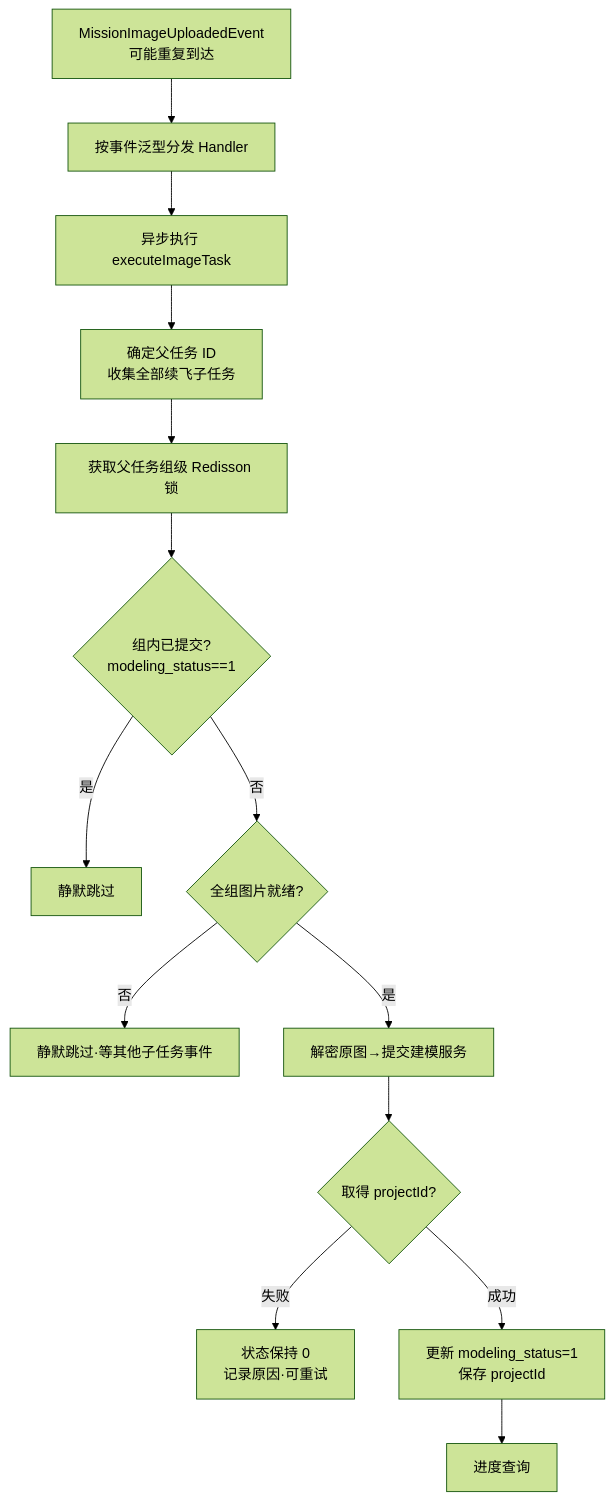
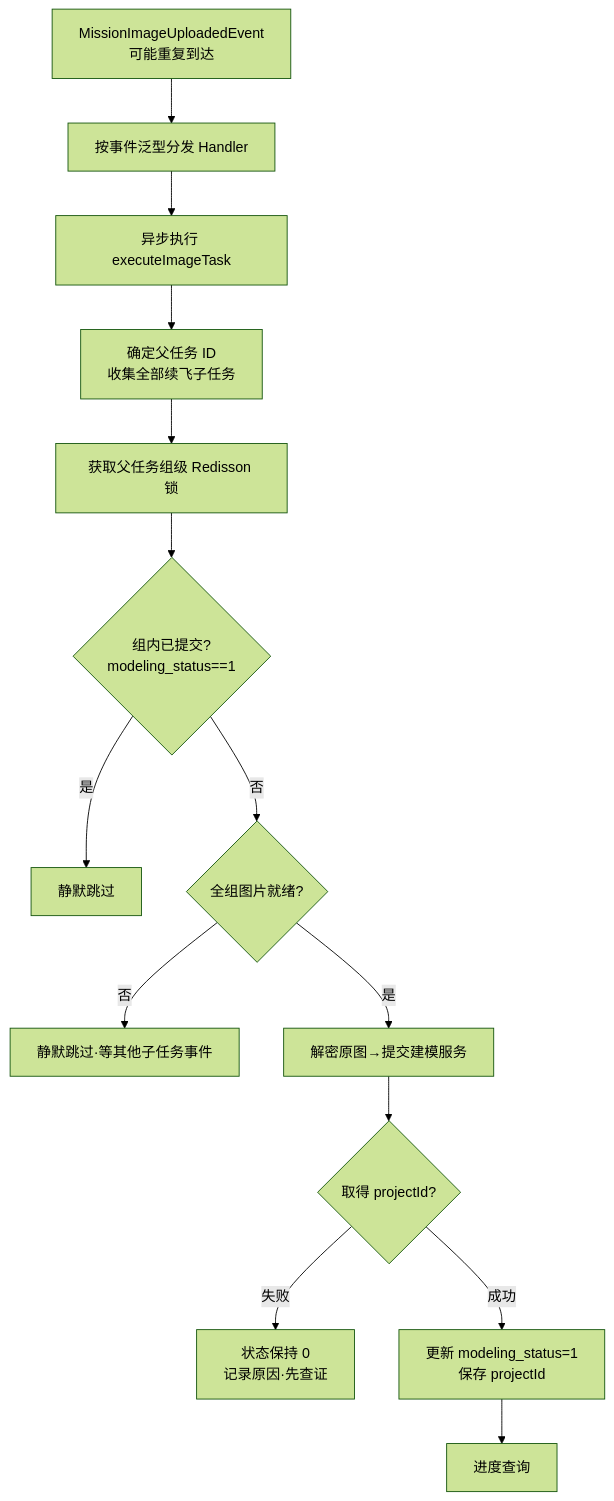
Before and after one commit to rominw/html-docs: the third of 15 diagrams in site/documents/uav-backend-review-handbook.md, drawn with Mermaid (forest theme). The commit also changed other lines of this file and 2 other files, not shown here.

````diff
--- a/site/documents/uav-backend-review-handbook.md
+++ b/site/documents/uav-backend-review-handbook.md
@@ -301,16 +340,16 @@
 ```mermaid
 flowchart TD
     E[MissionImageUploadedEvent<br/>可能重复到达] --> D[按事件泛型分发 Handler]
     D --> X[异步执行 executeImageTask]
     X --> P1[确定父任务 ID<br/>收集全部续飞子任务]
     P1 --> L[获取父任务组级 Redisson 锁]
     L --> C1{组内已提交?<br/>modeling_status==1}
     C1 -- 是 --> SKIP[静默跳过]
     C1 -- 否 --> C2{全组图片就绪?}
     C2 -- 否 --> SKIP2[静默跳过·等其他子任务事件]
     C2 -- 是 --> SUB[解密原图→提交建模服务]
     SUB --> OK{取得 projectId?}
-    OK -- 失败 --> KEEP[状态保持 0<br/>记录原因·可重试]
+    OK -- 失败 --> KEEP[状态保持 0<br/>记录原因·先查证]
     OK -- 成功 --> UPD[更新 modeling_status=1<br/>保存 projectId]
     UPD --> Q[进度查询]
 ```
````
